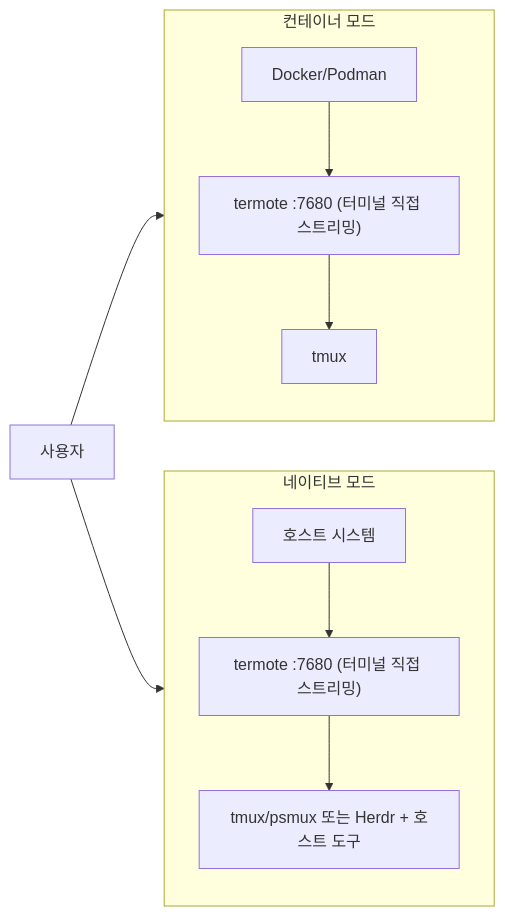
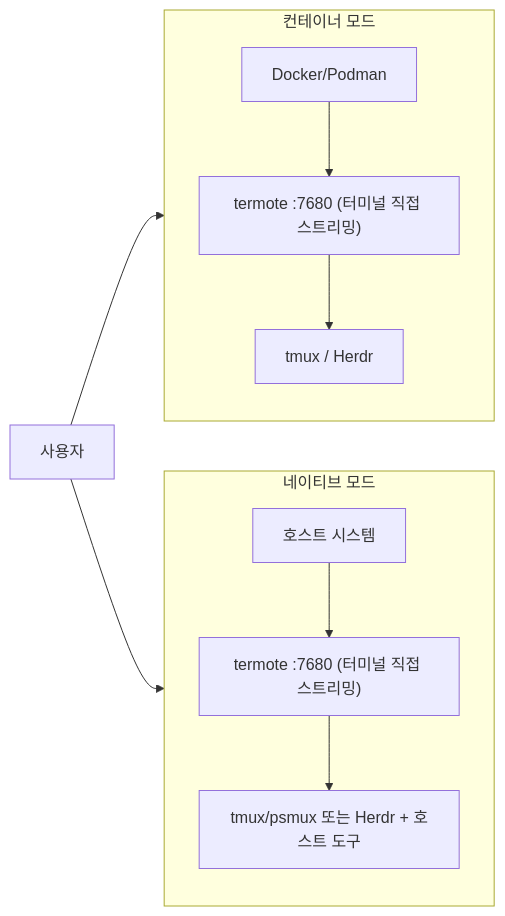
One commit to lamngockhuong/termote changed the second of 2 diagrams in README.ko.md. Above: the diagram before and after it, drawn with Mermaid. The commit also changed other lines of this file and 36 other files, not shown here.

````diff
--- a/README.ko.md
+++ b/README.ko.md
@@ -215,14 +215,14 @@
 ```mermaid
 flowchart LR
     subgraph Container["컨테이너 모드"]
         direction TB
-        C1["Docker/Podman"] --> C2["termote :7680 (터미널 직접 스트리밍)"] --> C3["tmux"]
+        C1["Docker/Podman"] --> C2["termote :7680 (터미널 직접 스트리밍)"] --> C3["tmux / Herdr"]
     end
 
     subgraph Native["네이티브 모드"]
         direction TB
         N1["호스트 시스템"] --> N2["termote :7680 (터미널 직접 스트리밍)"] --> N3["tmux/psmux 또는 Herdr + 호스트 도구"]
     end
 
     User["사용자"] --> Container & Native
 ```
````
